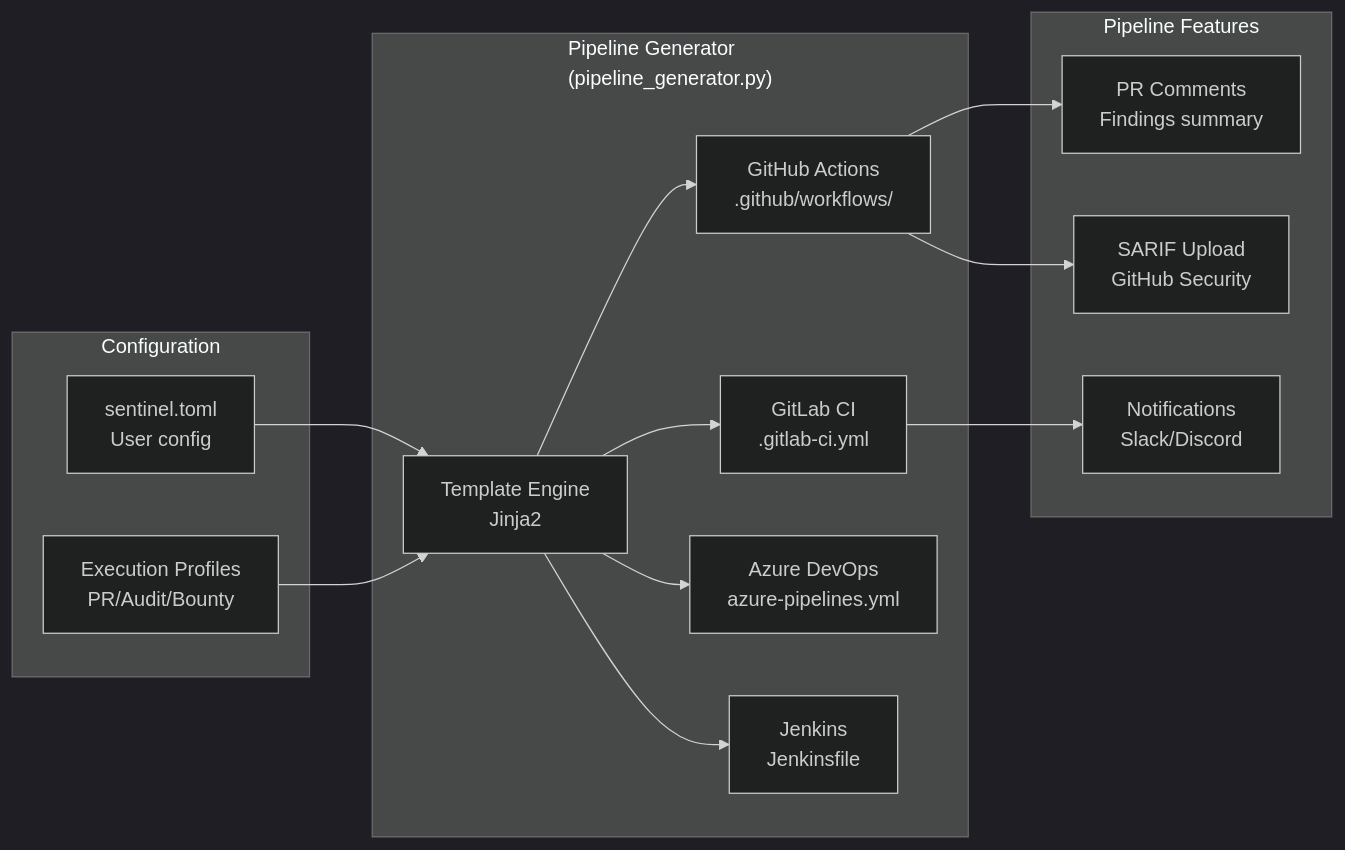
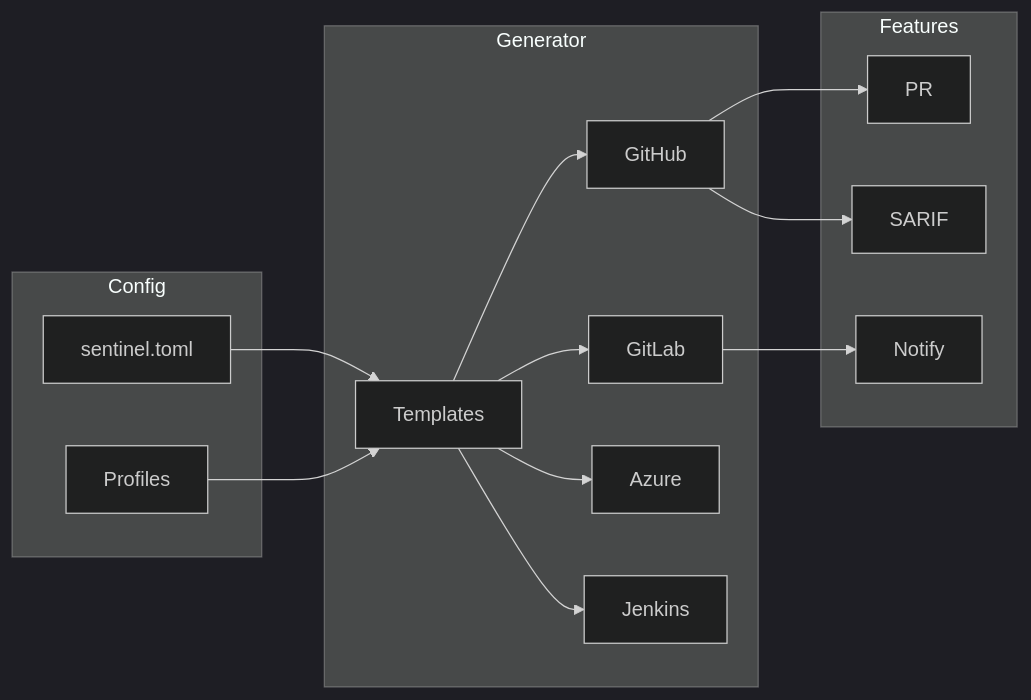
Before and after one commit to RunTimeAdmin/counterscarp: diagram 11 of 13 in ARCHITECTURE.md, drawn with Mermaid (dark theme). The commit also changed other lines of this file and 3 other files, not shown here.

````diff
--- a/ARCHITECTURE.md
+++ b/ARCHITECTURE.md
@@ -883,31 +802,31 @@
 ```mermaid
 flowchart LR
-    subgraph Config["Configuration"]
-        TOML["sentinel.toml<br/>User config"]
-        PROFILES["Execution Profiles<br/>PR/Audit/Bounty"]
+    subgraph Config["Config"]
+        TOML["sentinel.toml"]
+        PROFILES["Profiles"]
     end
 
-    subgraph Generator["Pipeline Generator<br/>(pipeline_generator.py)"]
-        TEMPLATES["Template Engine<br/>Jinja2"]
-        GITHUB["GitHub Actions<br/>.github/workflows/"]
-        GITLAB["GitLab CI<br/>.gitlab-ci.yml"]
-        AZURE["Azure DevOps<br/>azure-pipelines.yml"]
-        JENKINS["Jenkins<br/>Jenkinsfile"]
+    subgraph Generator["Generator"]
+        TEMPLATES["Templates"]
+        GITHUB["GitHub"]
+        GITLAB["GitLab"]
+        AZURE["Azure"]
+        JENKINS["Jenkins"]
     end
 
-    subgraph Features["Pipeline Features"]
-        PR["PR Comments<br/>Findings summary"]
-        SARIF["SARIF Upload<br/>GitHub Security"]
-        NOTIFY["Notifications<br/>Slack/Discord"]
+    subgraph Features["Features"]
+        PR["PR"]
+        SARIF["SARIF"]
+        NOTIFY["Notify"]
     end
 
     TOML --> TEMPLATES
     PROFILES --> TEMPLATES
     TEMPLATES --> GITHUB
     TEMPLATES --> GITLAB
     TEMPLATES --> AZURE
     TEMPLATES --> JENKINS
     GITHUB --> PR
     GITHUB --> SARIF
     GITLAB --> NOTIFY
 ```
````
